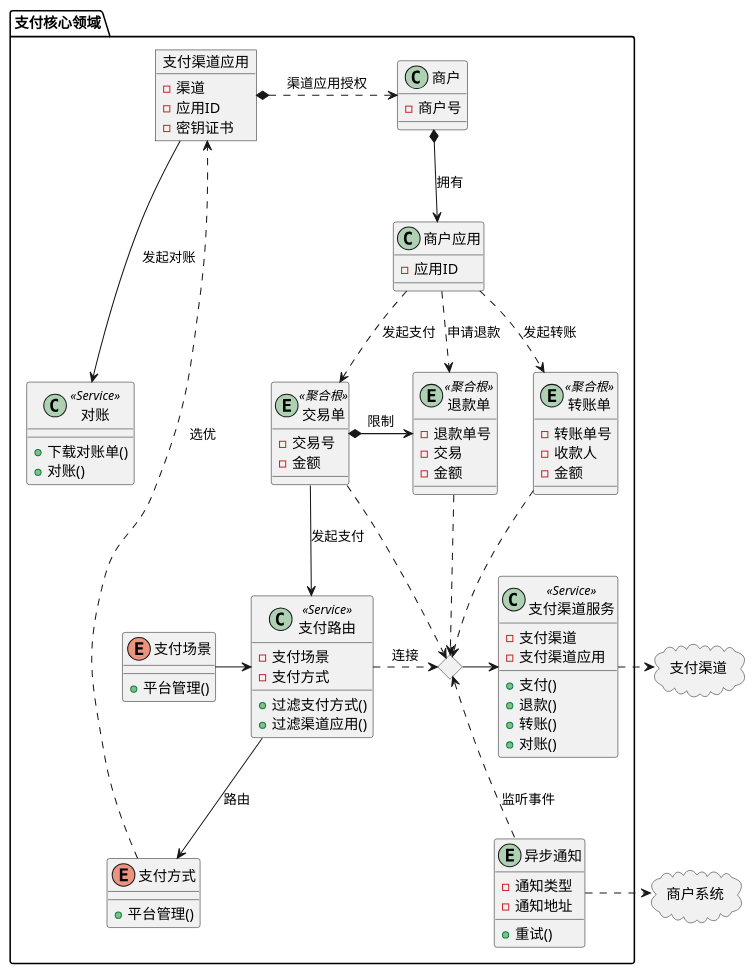
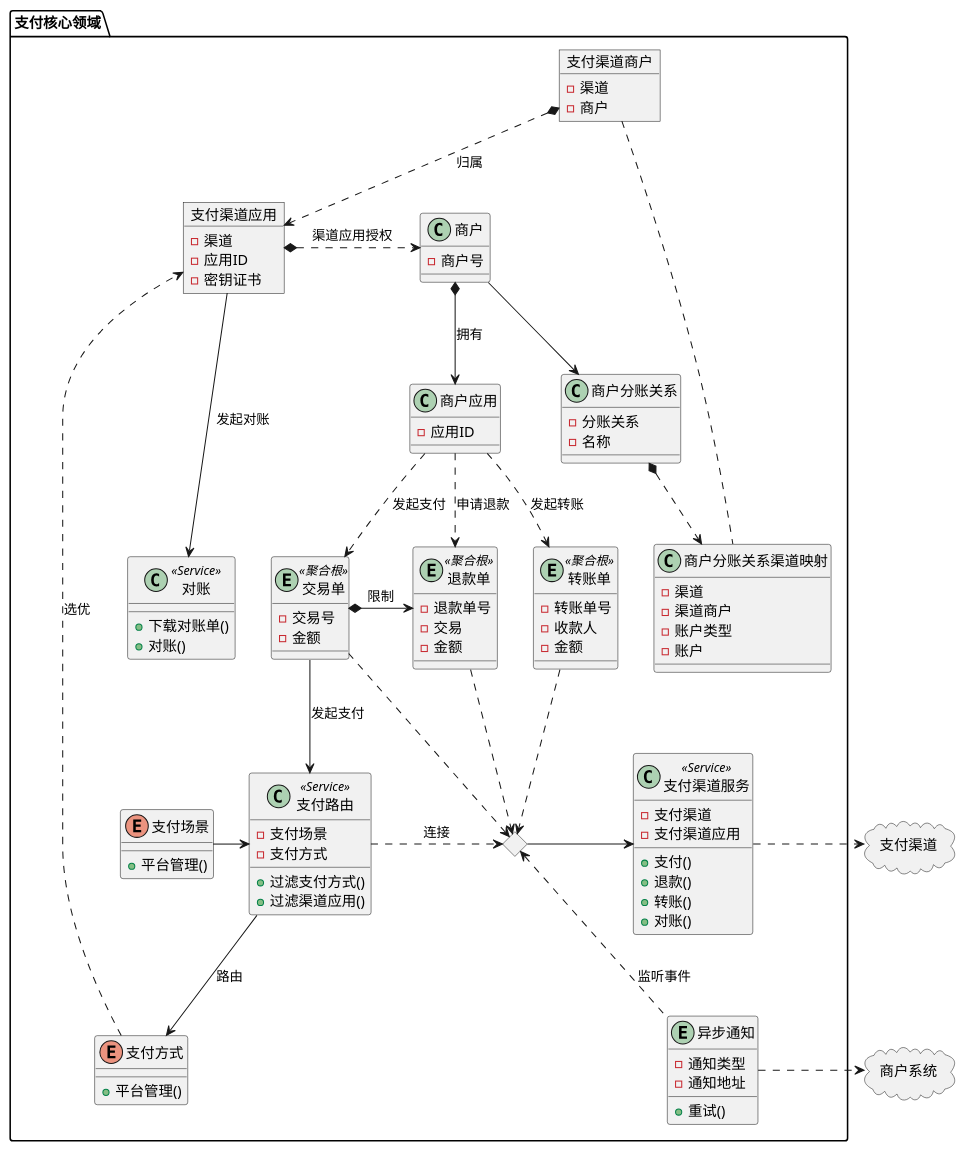
Before and after one commit to red-jasmine/docs: the second of 2 diagrams in docs/payments/index.md, drawn with PlantUML.

Commit message:
feat(payment): 添加分账关系模型并更新支付交易表
- 新增支付渠道商户、商户分账关系等模型，丰富支付核心领域
- 在支付交易表中添加分账相关字段（暂未实现）
- 优化支付交易表结构，增加支付场景和支付方式字段

```diff
--- a/docs/payments/index.md
+++ b/docs/payments/index.md
@@ -83,19 +83,37 @@
 
 package 支付核心领域 {
 
+object 支付渠道商户{
+	- 渠道
+	- 商户
+}
 object 支付渠道应用{
 	- 渠道
 	- 应用ID
 	- 密钥证书
 }
-
+支付渠道商户 *..> 支付渠道应用: 归属
 class 商户{
 - 商户号
 }
 class 商户应用{
 - 应用ID
 }
+class 商户分账关系{
+- 分账关系
+- 名称
+}
+class 商户分账关系渠道映射{
+- 渠道
+- 渠道商户
+- 账户类型
+- 账户
+}
+商户 --> 商户分账关系
+商户分账关系 *..> 商户分账关系渠道映射
 支付渠道应用 *.> 商户: 渠道应用授权
+
+支付渠道商户 .. 商户分账关系渠道映射
 
 商户 *-->  商户应用:拥有
 
```
